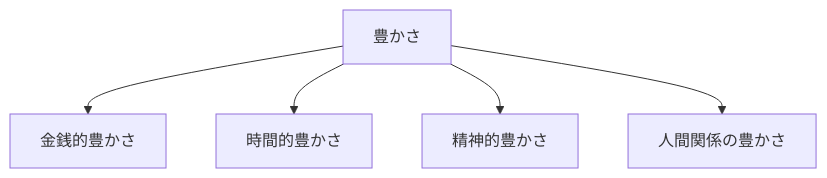
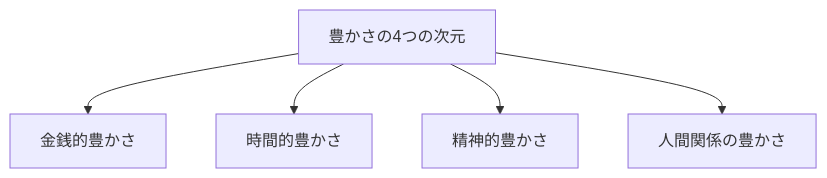
The fourth of 4 diagrams in content/blog/280-healthy-money-relationship-philosophy.md (tndg16-bot/portfolio-site), drawn with Mermaid before and after one commit. The commit also changed other lines of this file and 19 other files, not shown here.

````diff
--- a/content/blog/280-healthy-money-relationship-philosophy.md
+++ b/content/blog/280-healthy-money-relationship-philosophy.md
@@ -108,8 +127,8 @@
 ```mermaid
 graph TD
-    A[豊かさ]
+    A[豊かさの4つの次元]
     A --> B[金銭的豊かさ]
     A --> C[時間的豊かさ]
     A --> D[精神的豊かさ]
     A --> E[人間関係の豊かさ]
 ```
````
